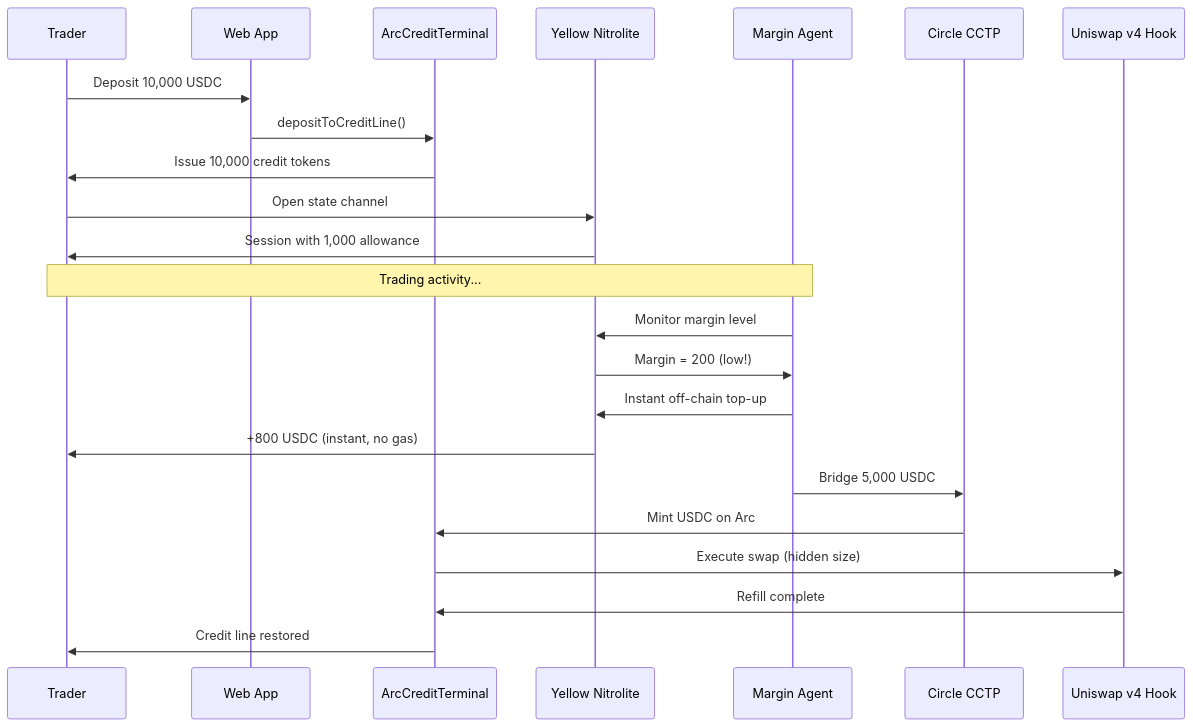
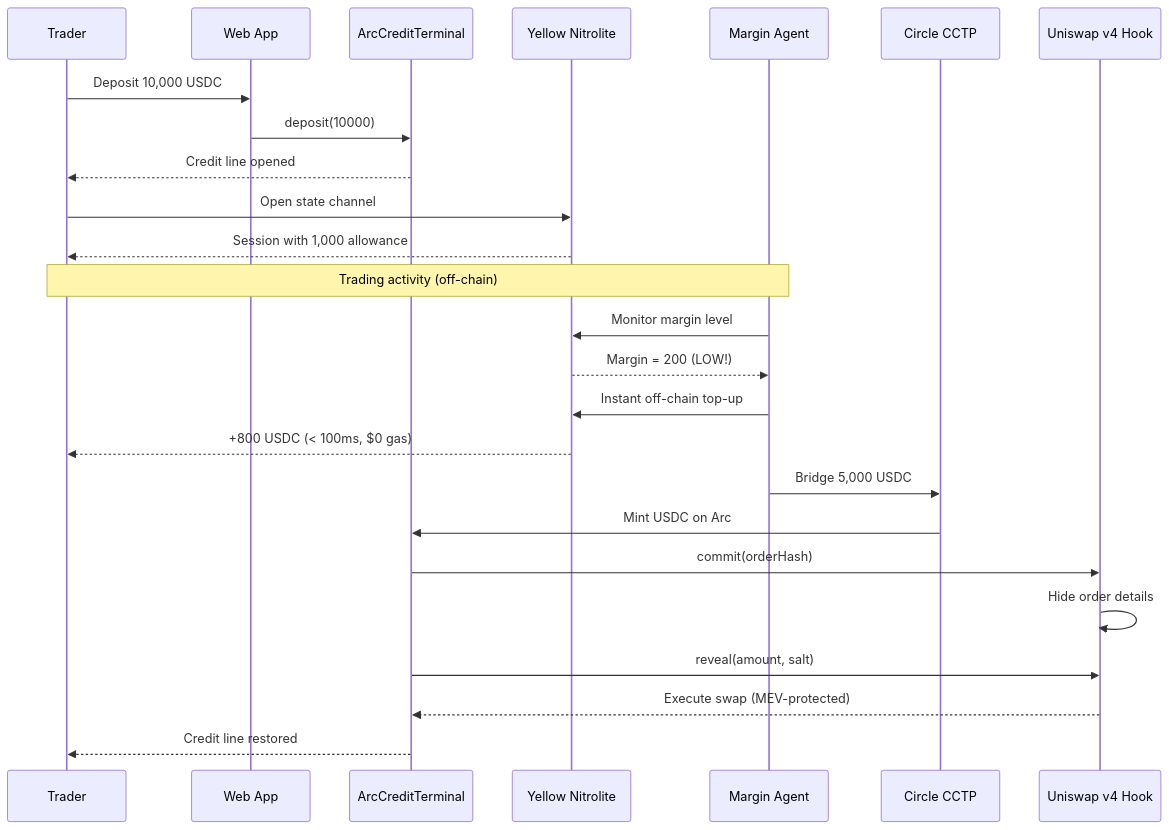
Before and after one commit to N-45div/HackMoney2026: the second of 11 diagrams in ARCHITECTURE.md, drawn with Mermaid. The commit also changed other lines of this file and 4 other files, not shown here.

First line of the commit message:
docs: Update README and ARCHITECTURE with Mermaid diagrams, remove ENS

````diff
--- a/ARCHITECTURE.md
+++ b/ARCHITECTURE.md
@@ -47,33 +54,35 @@
 ```mermaid
 sequenceDiagram
     participant Trader
     participant UI as Web App
     participant ACT as ArcCreditTerminal
     participant YN as Yellow Nitrolite
     participant Agent as Margin Agent
     participant CCTP as Circle CCTP
-    participant US as Uniswap v4 Hook
+    participant Hook as Uniswap v4 Hook
 
     Trader->>UI: Deposit 10,000 USDC
-    UI->>ACT: depositToCreditLine()
-    ACT->>Trader: Issue 10,000 credit tokens
+    UI->>ACT: deposit(10000)
+    ACT-->>Trader: Credit line opened
     
     Trader->>YN: Open state channel
-    YN->>Trader: Session with 1,000 allowance
+    YN-->>Trader: Session with 1,000 allowance
     
-    Note over Trader,Agent: Trading activity...
+    Note over Trader,Agent: Trading activity (off-chain)
     
     Agent->>YN: Monitor margin level
-    YN->>Agent: Margin = 200 (low!)
+    YN-->>Agent: Margin = 200 (LOW!)
     
     Agent->>YN: Instant off-chain top-up
-    YN->>Trader: +800 USDC (instant, no gas)
+    YN-->>Trader: +800 USDC (< 100ms, $0 gas)
     
     Agent->>CCTP: Bridge 5,000 USDC
     CCTP->>ACT: Mint USDC on Arc
     
-    ACT->>US: Execute swap (hidden size)
-    US->>ACT: Refill complete
+    ACT->>Hook: commit(orderHash)
+    Hook->>Hook: Hide order details
+    ACT->>Hook: reveal(amount, salt)
+    Hook-->>ACT: Execute swap (MEV-protected)
     
-    ACT->>Trader: Credit line restored
+    ACT-->>Trader: Credit line restored
 ```
````
